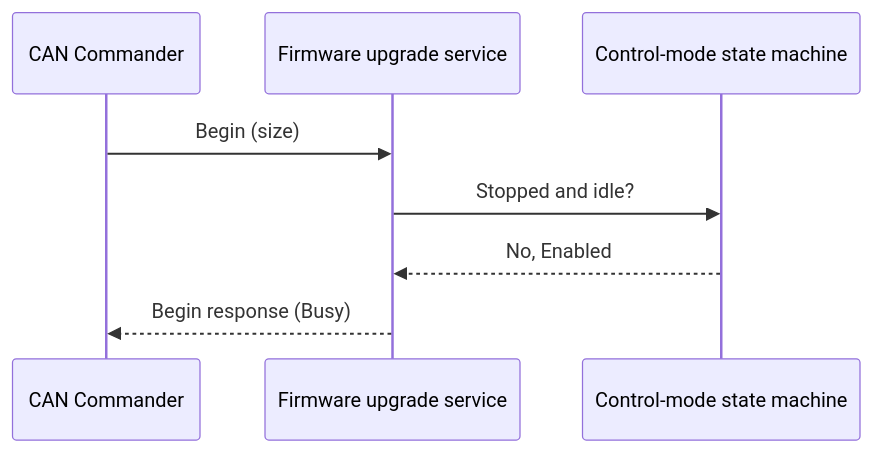
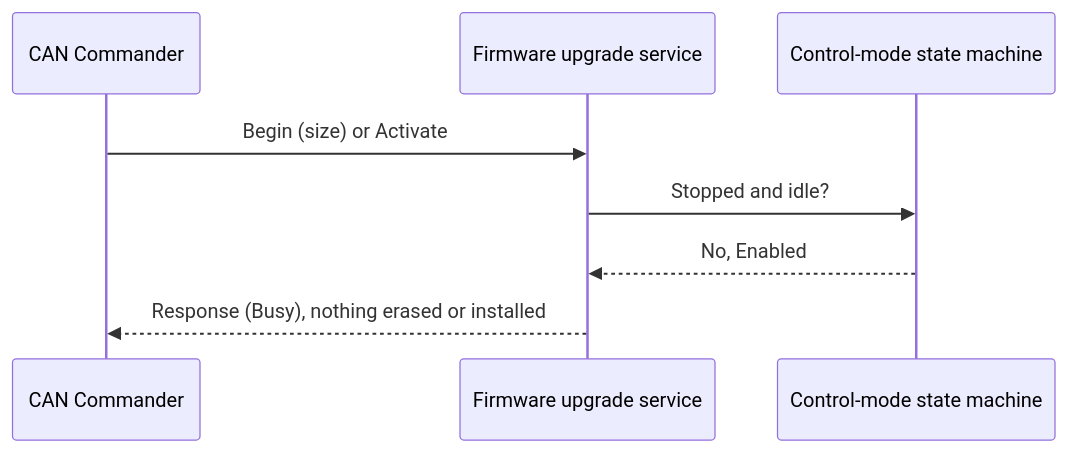
Before and after one commit to embedded-pro/e-foc: the third of 3 diagrams in documentation/design/service-firmware-upgrade.md, drawn with Mermaid. The commit also changed other lines of this file and 7 other files, not shown here.

````diff
--- a/documentation/design/service-firmware-upgrade.md
+++ b/documentation/design/service-firmware-upgrade.md
@@ -278,10 +327,10 @@
 ```mermaid
 sequenceDiagram
     participant Client as CAN Commander
     participant Service as Firmware upgrade service
     participant Drive as Control-mode state machine
-    Client->>Service: Begin (size)
+    Client->>Service: Begin (size) or Activate
     Service->>Drive: Stopped and idle?
     Drive-->>Service: No, Enabled
-    Service-->>Client: Begin response (Busy)
+    Service-->>Client: Response (Busy), nothing erased or installed
 ```
````
